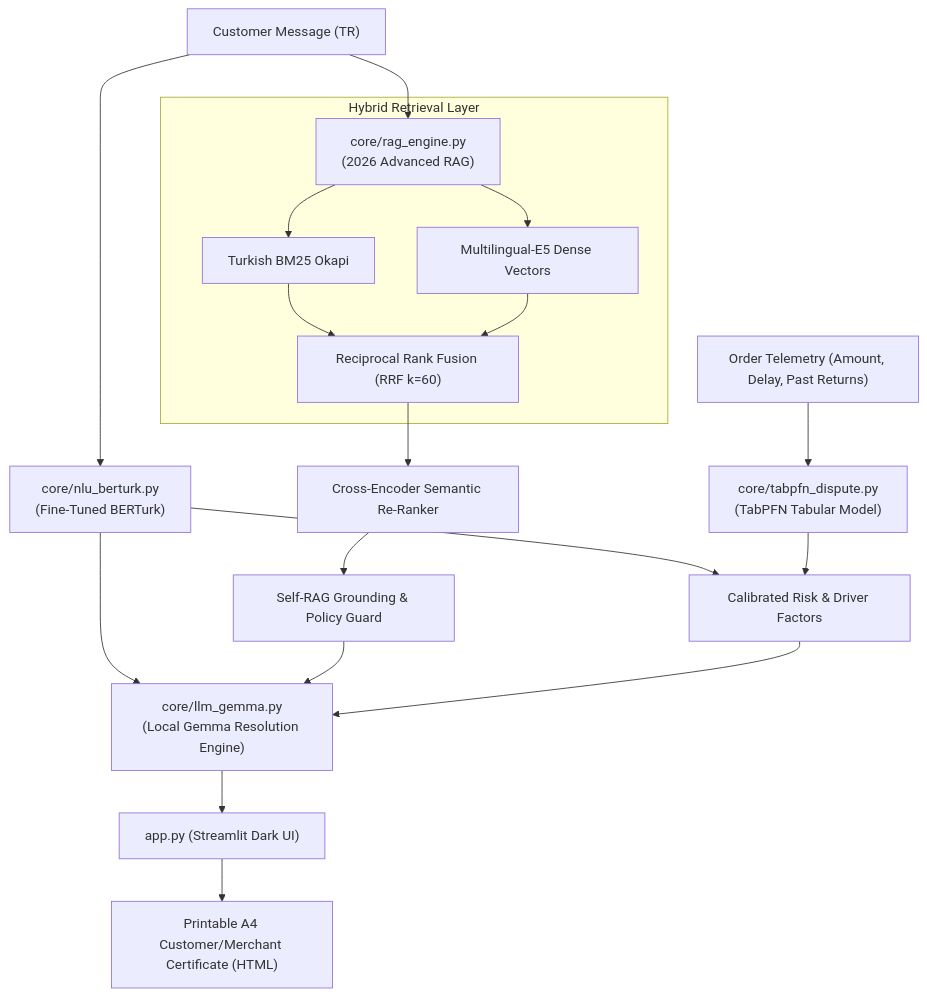
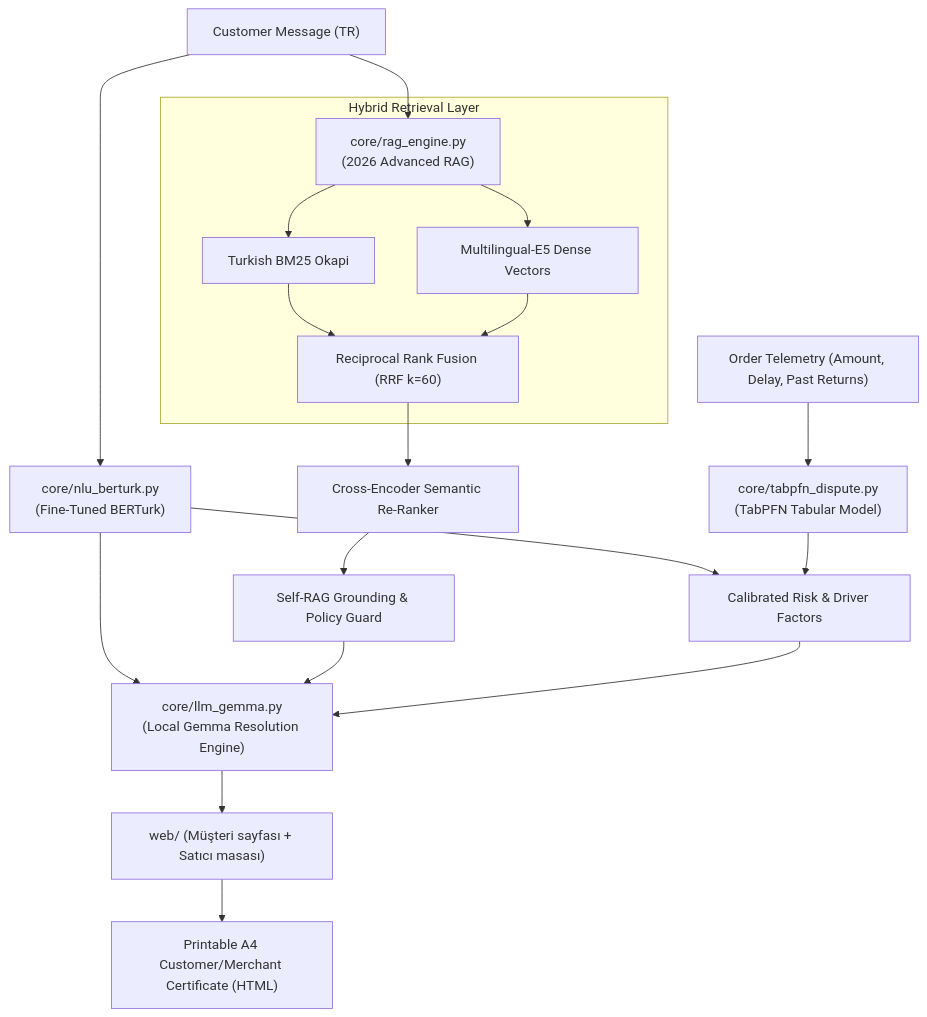
Before and after one commit to hacktob3v-devs/disk-doctor: the diagram in README.md, drawn with Mermaid. The commit also changed other lines of this file and 13 other files, not shown here.

````diff
--- a/README.md
+++ b/README.md
@@ -44,21 +44,21 @@
 ```mermaid
 graph TD
     A["Customer Message (TR)"] --> B["core/nlu_berturk.py<br/>(Fine-Tuned BERTurk)"]
     A --> C["core/rag_engine.py<br/>(2026 Advanced RAG)"]
     
     subgraph "Hybrid Retrieval Layer"
         C --> D["Turkish BM25 Okapi"]
         C --> E["Multilingual-E5 Dense Vectors"]
         D & E --> F["Reciprocal Rank Fusion (RRF k=60)"]
     end
     
     F --> G["Cross-Encoder Semantic Re-Ranker"]
     G --> H["Self-RAG Grounding & Policy Guard"]
     
     I["Order Telemetry (Amount, Delay, Past Returns)"] --> J["core/tabpfn_dispute.py<br/>(TabPFN Tabular Model)"]
     B & J --> K["Calibrated Risk & Driver Factors"]
     
     B & H & K --> L["core/llm_gemma.py<br/>(Local Gemma Resolution Engine)"]
-    L --> M["app.py (Streamlit Dark UI)"]
+    L --> M["web/ (Müşteri sayfası + Satıcı masası)"]
     M --> N["Printable A4 Customer/Merchant Certificate (HTML)"]
 ```
````
